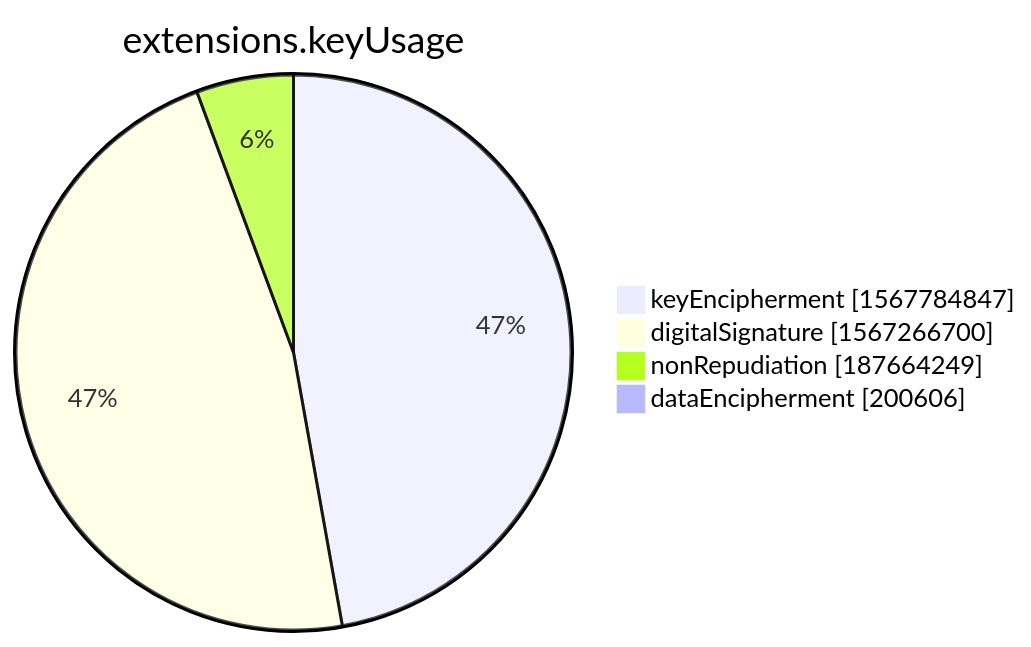
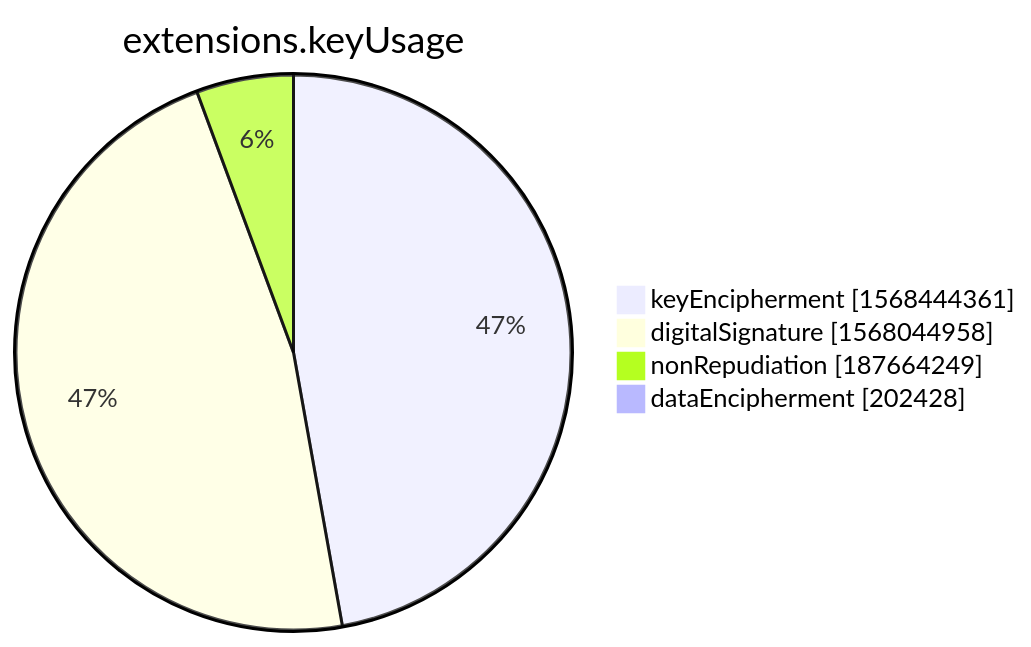
One commit to christiankrug/ctmonitor_visualization changed the seventh of 15 diagrams in xenon2022/README.md. Above: the diagram before and after it, drawn with Mermaid. The commit also changed other lines of this file, not shown here.

````diff
--- a/xenon2022/README.md
+++ b/xenon2022/README.md
@@ -2853,8 +2853,8 @@
 ```mermaid
 pie showData
 title extensions.keyUsage
-"keyEncipherment" :1567784847
-"digitalSignature" :1567266700
+"keyEncipherment" :1568444361
+"digitalSignature" :1568044958
 "nonRepudiation" :187664249
-"dataEncipherment" :200606
+"dataEncipherment" :202428
 ```
````
